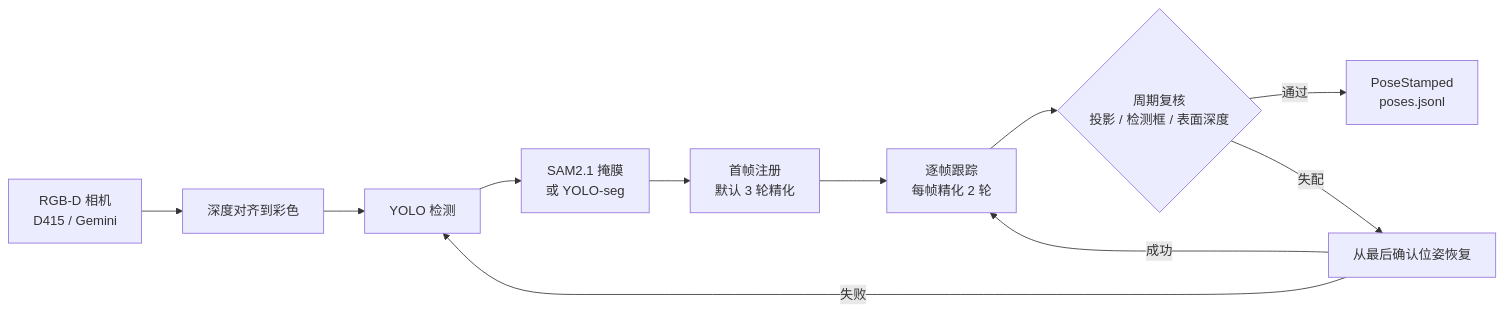
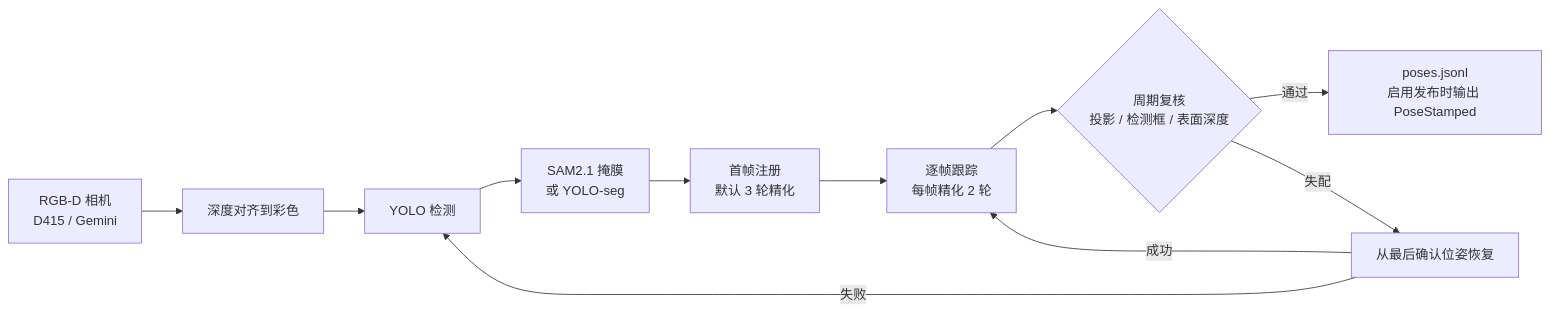
The diagram in README.md (changchuanyong/fdpose_gj), drawn with Mermaid before and after one commit. The commit also changed other lines of this file, not shown here.

````diff
--- a/README.md
+++ b/README.md
@@ -19,13 +19,13 @@
 ```mermaid
 flowchart LR
   cam["RGB-D 相机<br/>D415 / Gemini"] --> align["深度对齐到彩色"]
   align --> det["YOLO 检测"]
   det --> seg["SAM2.1 掩膜<br/>或 YOLO-seg"]
   seg --> reg["首帧注册<br/>默认 3 轮精化"]
   reg --> track["逐帧跟踪<br/>每帧精化 2 轮"]
   track --> check{"周期复核<br/>投影 / 检测框 / 表面深度"}
-  check -- 通过 --> out["PoseStamped<br/>poses.jsonl"]
+  check -- 通过 --> out["poses.jsonl<br/>启用发布时输出 PoseStamped"]
   check -- 失配 --> recover["从最后确认位姿恢复"]
   recover -- 成功 --> track
   recover -- 失败 --> det
 ```
````
